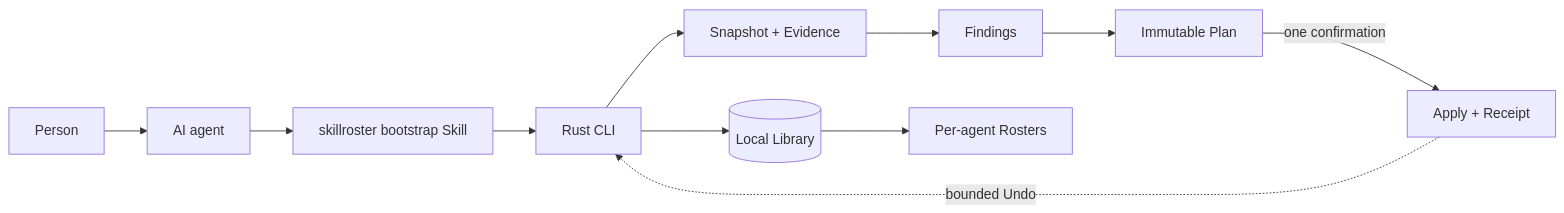
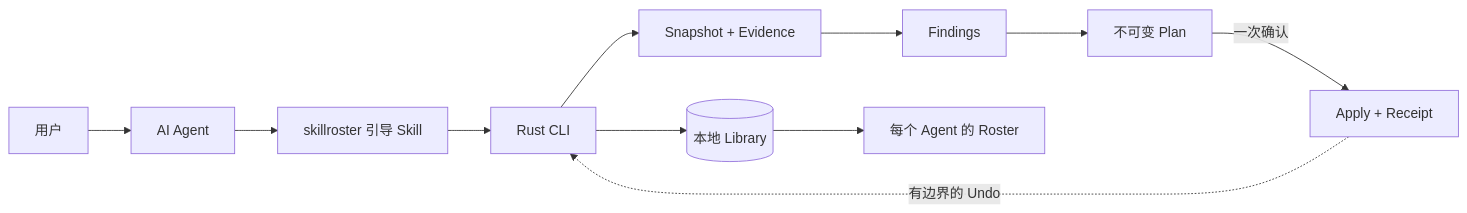
The diagram in README.md (tt-a1i/skillroster), drawn with Mermaid before and after one commit. The commit also changed other lines of this file and 1 other file, not shown here.

````diff
--- a/README.md
+++ b/README.md
@@ -100,13 +103,13 @@
 ```mermaid
 flowchart LR
-    P[Person] --> A[AI agent]
-    A --> B[skillroster bootstrap Skill]
+    P[用户] --> A[AI Agent]
+    A --> B[skillroster 引导 Skill]
     B --> C[Rust CLI]
     C --> S[Snapshot + Evidence]
     S --> F[Findings]
-    F --> L[Immutable Plan]
-    L -->|one confirmation| R[Apply + Receipt]
-    R -. bounded Undo .-> C
-    C --> D[(Local Library)]
-    D --> V[Per-agent Rosters]
+    F --> L[不可变 Plan]
+    L -->|一次确认| R[Apply + Receipt]
+    R -. 有边界的 Undo .-> C
+    C --> D[(本地 Library)]
+    D --> V[每个 Agent 的 Roster]
 ```
````
